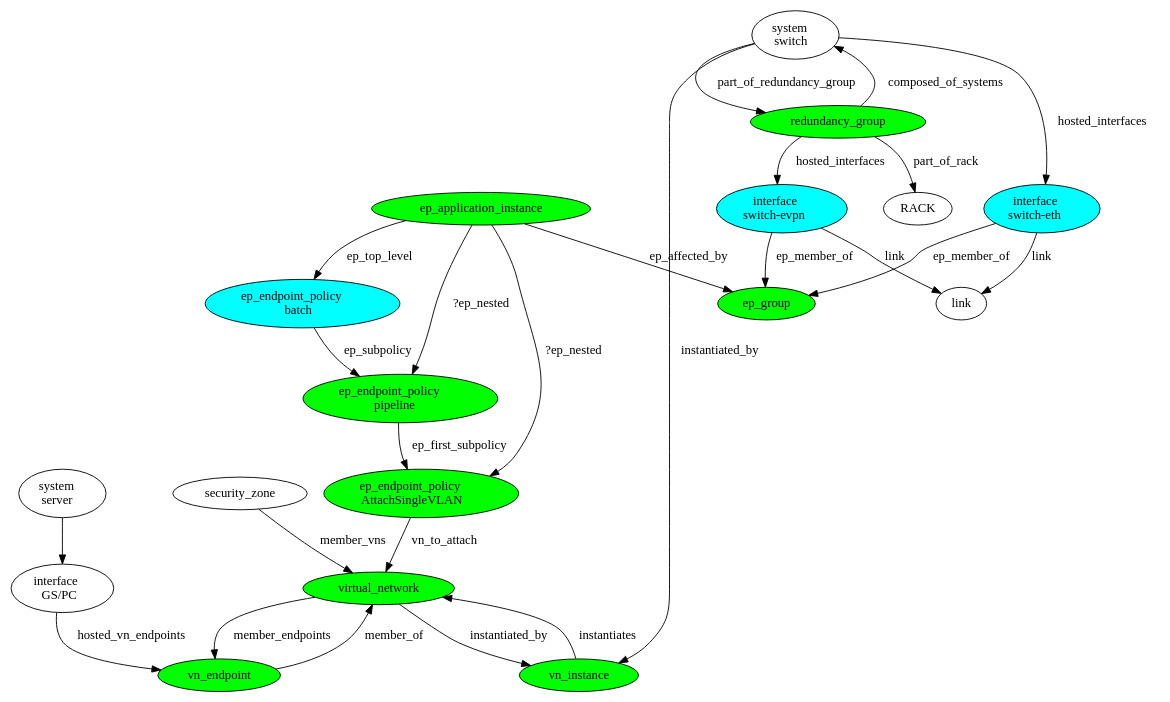
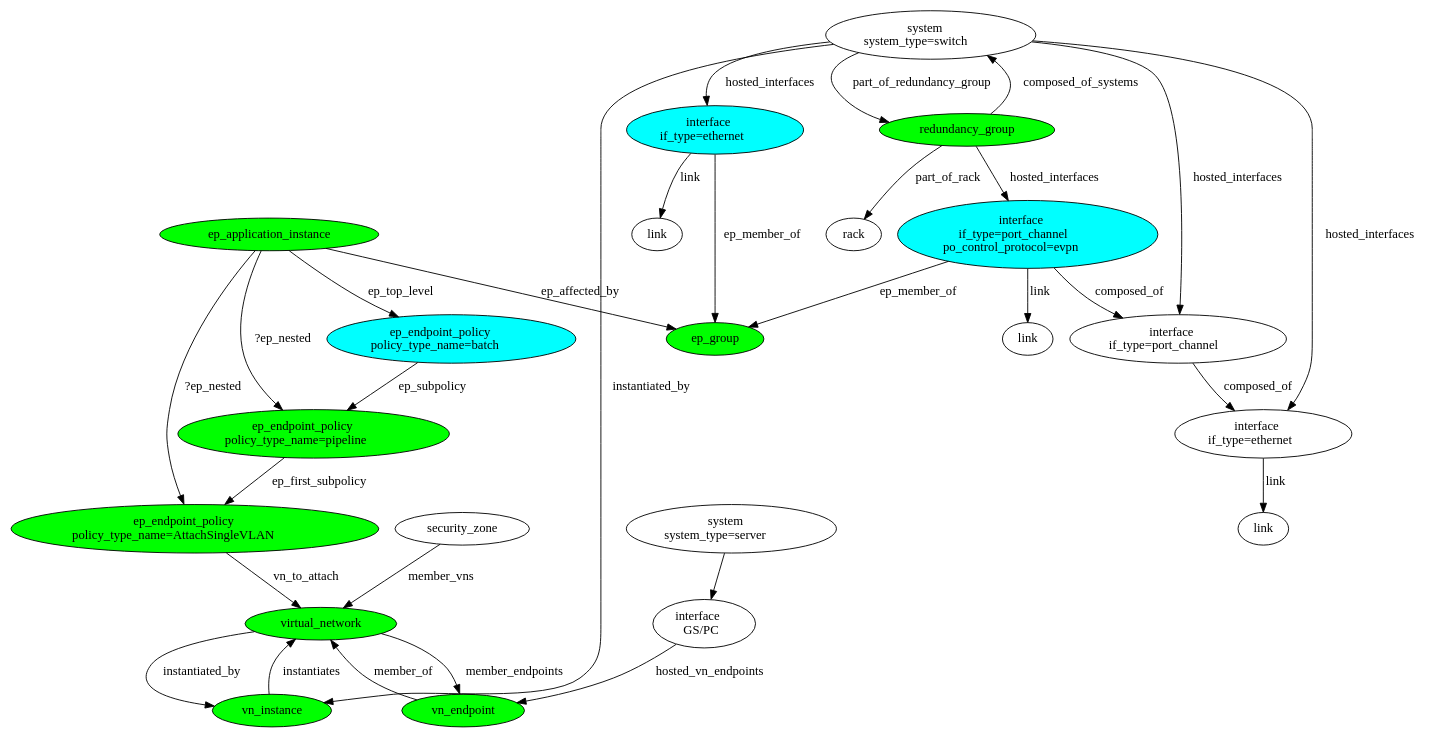
Before and after one commit to kimcharli/apstra-bp-consolidate: the diagram in apstra_bp_consolidation/ct.dot, drawn with Graphviz. The commit also changed 5 other files, not shown here.

```diff
--- a/apstra_bp_consolidation/ct.dot
+++ b/apstra_bp_consolidation/ct.dot
@@ -1,44 +1,53 @@
 digraph {
     EPI [label="ep_application_instance", fillcolor="#00ff00", style="filled"]
-    EEPB [label=<ep_endpoint_policy<br/>batch>, fillcolor="#00ffff", style="filled" ]
-    EEPP [label=<ep_endpoint_policy<br/>pipeline>, fillcolor="#00ff00", style="filled" ]
-    EEPS [label=<ep_endpoint_policy<br/>AttachSingleVLAN>, fillcolor="#00ff00", style="filled" ]
+    EEPB [label=<ep_endpoint_policy<br/>policy_type_name=batch>, fillcolor="#00ffff", style="filled" ]
+    EEPP [label=<ep_endpoint_policy<br/>policy_type_name=pipeline>, fillcolor="#00ff00", style="filled" ]
+    EEPS [label=<ep_endpoint_policy<br/>policy_type_name=AttachSingleVLAN>, fillcolor="#00ff00", style="filled" ]
     EG [label="ep_group", fillcolor="#00ff00", style="filled"]
     VN [label="virtual_network", fillcolor="#00ff00", style="filled"]
     VE [label="vn_endpoint", fillcolor="#00ff00", style="filled"]
     VI [label="vn_instance", fillcolor="#00ff00", style="filled"]
     SZ [label="security_zone"]
     IF_GS_PC [label=<interface<br/>GS/PC>]
-    IF_eth [label=<interface<br/>switch-eth>, fillcolor="#00ffff", style="filled"]
-    IF_evpn [label=<interface<br/>switch-evpn>, fillcolor="#00ffff", style="filled"]
-    SS [label=<system<br/>server>]
-    Switch [label=<system<br/>switch>]
-    LINK [label="link"]
+    IF_eth [label=<interface<br/>if_type=ethernet>, fillcolor="#00ffff", style="filled"]
+    IF_member [label=<interface<br/>if_type=ethernet>]
+    IF_ae [label=<interface<br/>if_type=port_channel>]
+    IF_evpn [label=<interface<br/>if_type=port_channel<br/>po_control_protocol=evpn>, fillcolor="#00ffff", style="filled"]
+    SS [label=<system<br/>system_type=server>]
+    Switch [label=<system<br/>system_type=switch>]
+    LINK_evpn [label="link"]
+    LINK_ethernet [label="link"]
+    LINK_member [label="link"]
     RG [label="redundancy_group", fillcolor="#00ff00", style="filled"]
-    RACK [lael="rack"]
+    RACK [label="rack"]
 
     EEPB -> EEPP [label="ep_subpolicy"]
     EPI -> EEPB [label="ep_top_level" ]
     EPI -> EG [label="ep_affected_by"]
     EPI -> EEPP [label="?ep_nested"]
     EPI -> EEPS [label="?ep_nested"]
     EEPP -> EEPS [label="ep_first_subpolicy"]
     EEPS -> VN [label="vn_to_attach"]
     VN -> VE [label="member_endpoints"]
     VN -> VI [label="instantiated_by"]
     SZ -> VN [label="member_vns"]
     VE -> VN [label="member_of"]
     IF_GS_PC -> VE [label="hosted_vn_endpoints"]
     SS -> IF_GS_PC
     VI -> VN [label="instantiates"]
     Switch -> VI [label="instantiated_by"]
     IF_eth -> EG [label="ep_member_of"]
     IF_evpn -> EG [label="ep_member_of"]
-    IF_eth -> LINK [label="link"]
-    IF_evpn -> LINK [label="link"]
+    IF_evpn -> IF_ae [label="composed_of"]
+    IF_ae -> IF_member [label="composed_of"]
+    IF_member -> LINK_member [label="link"]
+    IF_eth -> LINK_ethernet [label="link"]
+    IF_evpn -> LINK_evpn [label="link"]
     Switch -> IF_eth [label="hosted_interfaces"]
     Switch -> RG [label="part_of_redundancy_group"]
+    Switch -> IF_ae [label="hosted_interfaces"]
+    Switch -> IF_member [label="hosted_interfaces"]
     RG -> IF_evpn [label="hosted_interfaces"]
     RG ->Switch [label="composed_of_systems"]
     RG -> RACK [label="part_of_rack"]
 }
```
